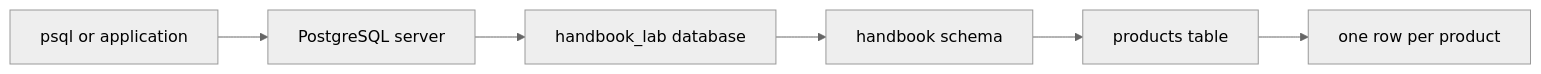
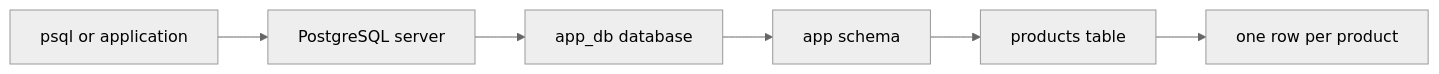
One commit to mdsalahuddin2001/fullstackshikhi changed the diagram in content/docs/postgresql-handbook/foundations.mdx. Above: the diagram before and after it, drawn with Mermaid (neutral theme). The commit also changed 15 other files, not shown here.

Commit message:
Use generic database, schema, and container names in PostgreSQL handbook

````diff
--- a/content/docs/postgresql-handbook/foundations.mdx
+++ b/content/docs/postgresql-handbook/foundations.mdx
@@ -14,8 +14,8 @@
 ```mermaid
 flowchart LR
  client[psql or application] --> server[PostgreSQL server]
- server --> database[handbook_lab database]
- database --> schema[handbook schema]
+ server --> database[app_db database]
+ database --> schema[app schema]
  schema --> table[products table]
  table --> row[one row per product]
 ```
````
